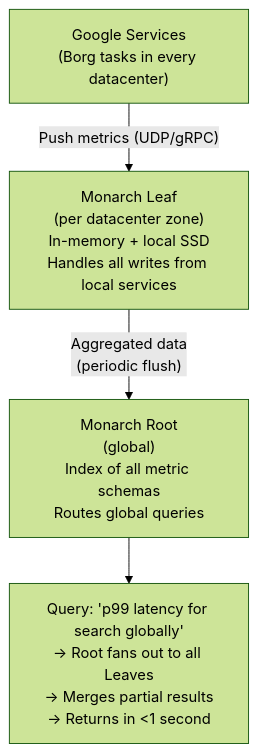
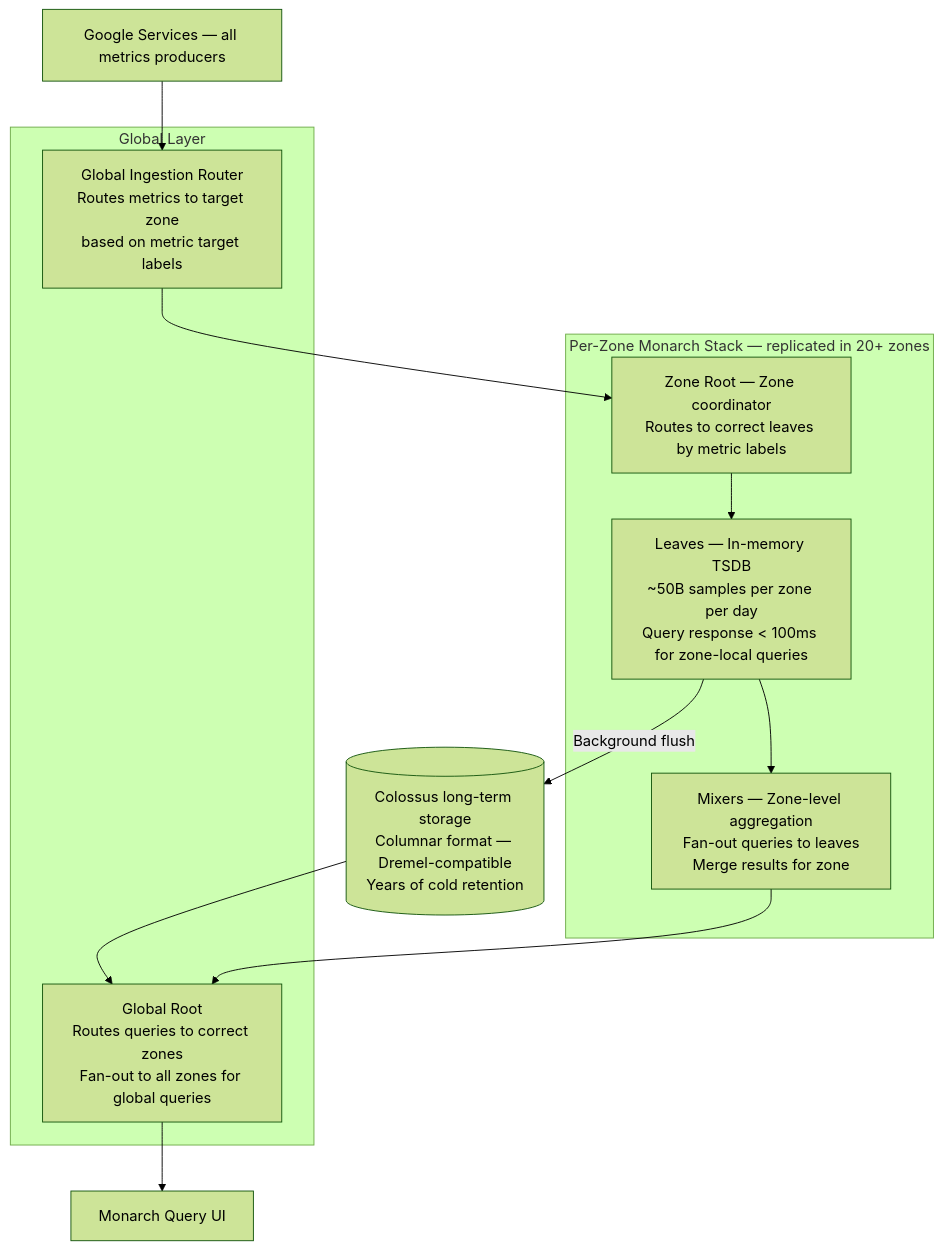
One commit to gauravprwl14/system-design-course changed the tenth of 12 diagrams in docs-site/content/12-interview-prep/question-bank/observability-sre/metrics-alerting-design.md. Above: the diagram before and after it, drawn with Mermaid (forest theme). The commit also changed other lines of this file and 1 other file, not shown here.

````diff
--- a/docs-site/content/12-interview-prep/question-bank/observability-sre/metrics-alerting-design.md
+++ b/docs-site/content/12-interview-prep/question-bank/observability-sre/metrics-alerting-design.md
@@ -325,12 +401,24 @@
 ```mermaid
 graph TD
-  Services["Google Services\n(Borg tasks in every datacenter)"]
+  subgraph Zones["Per-Zone Monarch Stack — replicated in 20+ zones"]
+    L["Leaves — In-memory TSDB\n~50B samples per zone per day\nQuery response < 100ms for zone-local queries"]
+    M["Mixers — Zone-level aggregation\nFan-out queries to leaves\nMerge results for zone"]
+    Root["Zone Root — Zone coordinator\nRoutes to correct leaves by metric labels"]
+  end
 
-  Services -->|"Push metrics (UDP/gRPC)"| Leaf["Monarch Leaf\n(per datacenter zone)\nIn-memory + local SSD\nHandles all writes from local services"]
+  subgraph Global["Global Layer"]
+    GR["Global Root\nRoutes queries to correct zones\nFan-out to all zones for global queries"]
+    GI["Global Ingestion Router\nRoutes metrics to target zone\nbased on metric target labels"]
+  end
 
-  Leaf -->|"Aggregated data\n(periodic flush)"| Root["Monarch Root\n(global)\nIndex of all metric schemas\nRoutes global queries"]
+  S[Google Services — all metrics producers] --> GI
+  GI --> Root
+  Root --> L
+  L --> M
+  M --> GR
+  GR --> Dashboards[Monarch Query UI]
 
-  Query["Query: 'p99 latency for search globally'\n→ Root fans out to all Leaves\n→ Merges partial results\n→ Returns in <1 second"]
-
-  Root --> Query
+  Colossus[("Colossus long-term storage\nColumnar format — Dremel-compatible\nYears of cold retention")]
+  L -->|Background flush| Colossus
+  Colossus --> GR
 ```
````
